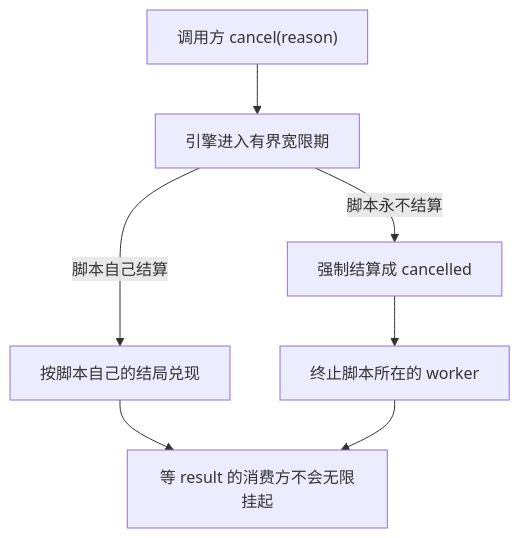
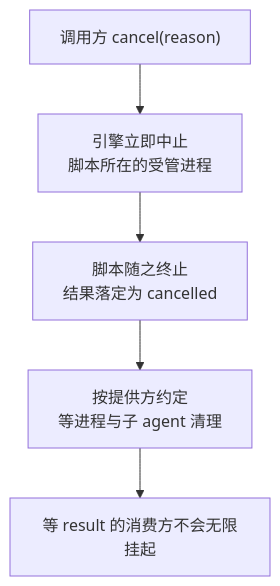
Before and after one commit to anthonyzhao-4926/blog: the second of 3 diagrams in dsh 插件开发学习/27-一批任务的并行编排.md, drawn with Mermaid. The commit also changed other lines of this file and 28 other files, not shown here.

````diff
--- a/dsh 插件开发学习/27-一批任务的并行编排.md
+++ b/dsh 插件开发学习/27-一批任务的并行编排.md
@@ -135,9 +136,7 @@
 ```mermaid
 flowchart TD
-    C["调用方 cancel(reason)"] --> G["引擎进入有界宽限期"]
-    G -->|"脚本自己结算"| R["按脚本自己的结局兑现"]
-    G -->|"脚本永不结算"| F["强制结算成 cancelled"]
-    F --> W["终止脚本所在的 worker"]
-    R --> D["等 result 的消费方不会无限挂起"]
-    W --> D
+    C["调用方 cancel(reason)"] --> G["引擎立即中止<br/>脚本所在的受管进程"]
+    G --> R["脚本随之终止<br/>结果落定为 cancelled"]
+    R --> W["按提供方约定<br/>等进程与子 agent 清理"]
+    W --> D["等 result 的消费方不会无限挂起"]
 ```
````
